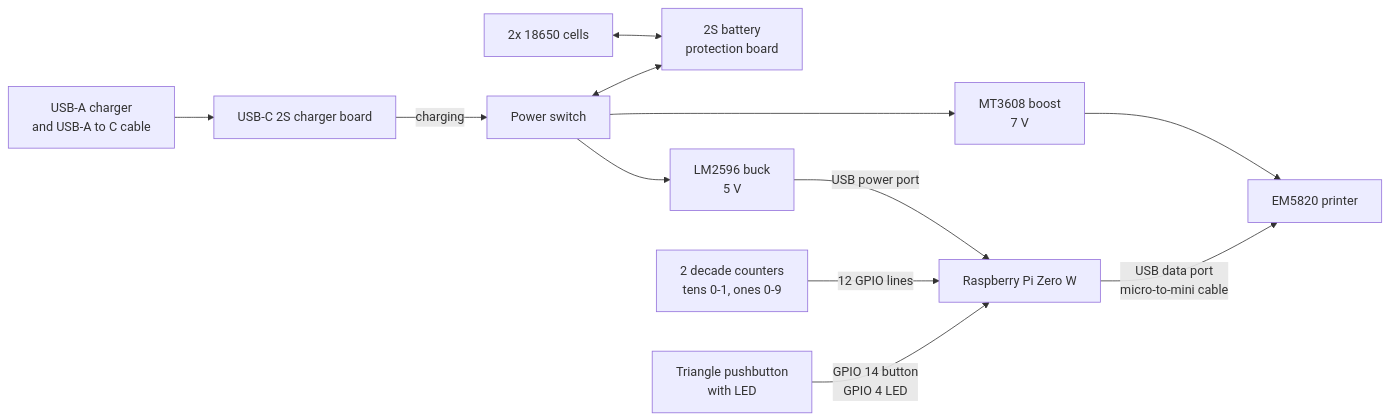
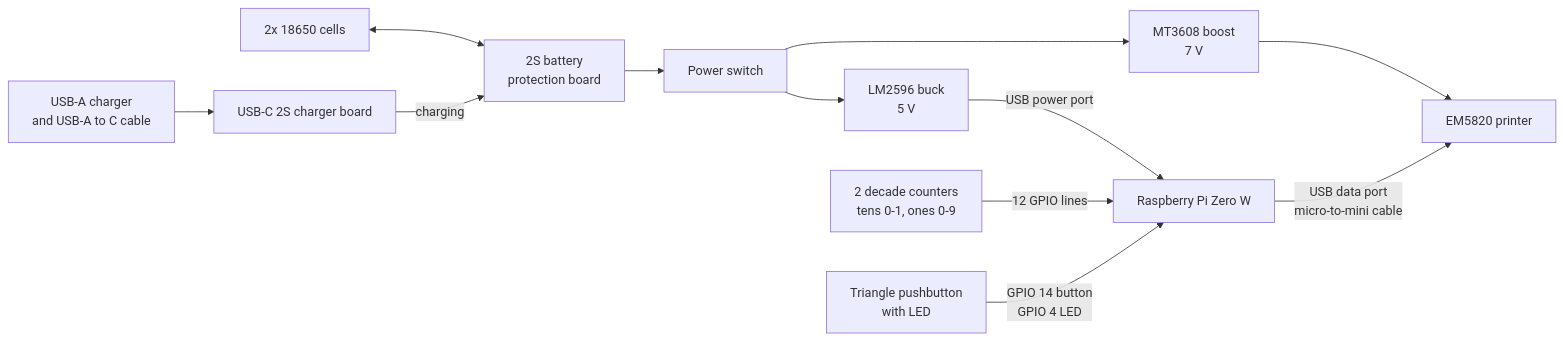
One commit to calvin-young/momir-machine changed the diagram in docs/HARDWARE.md. Above: the diagram before and after it, drawn with Mermaid. The commit also changed other lines of this file, not shown here.

First line of the commit message:
HARDWARE.md: wire the switch after the protection board, slim the pinout

````diff
--- a/docs/HARDWARE.md
+++ b/docs/HARDWARE.md
@@ -33,14 +33,14 @@
 ```mermaid
 flowchart LR
     wall["USB-A charger<br/>and USB-A to C cable"] --> charger["USB-C 2S charger board"]
     cells["2x 18650 cells"] <--> bms["2S battery<br/>protection board"]
-    charger -- "charging" --> switch["Power switch"]
-    switch <--> bms
+    charger -- "charging" --> bms
+    bms --> switch["Power switch"]
     switch --> boost["MT3608 boost<br/>7 V"]
     switch --> buck["LM2596 buck<br/>5 V"]
     boost --> printer["EM5820 printer"]
     buck -- "USB power port" --> pi["Raspberry Pi Zero W"]
     pi -- "USB data port<br/>micro-to-mini cable" --> printer
     dial["2 decade counters<br/>tens 0-1, ones 0-9"] -- "12 GPIO lines" --> pi
     btn["Triangle pushbutton<br/>with LED"] -- "GPIO 14 button<br/>GPIO 4 LED" --> pi
 ```
````
